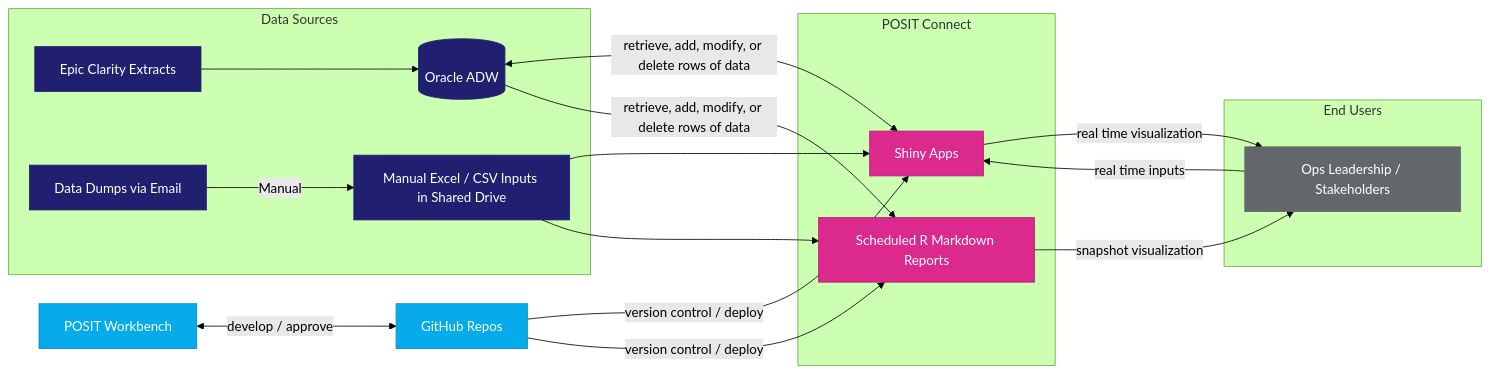
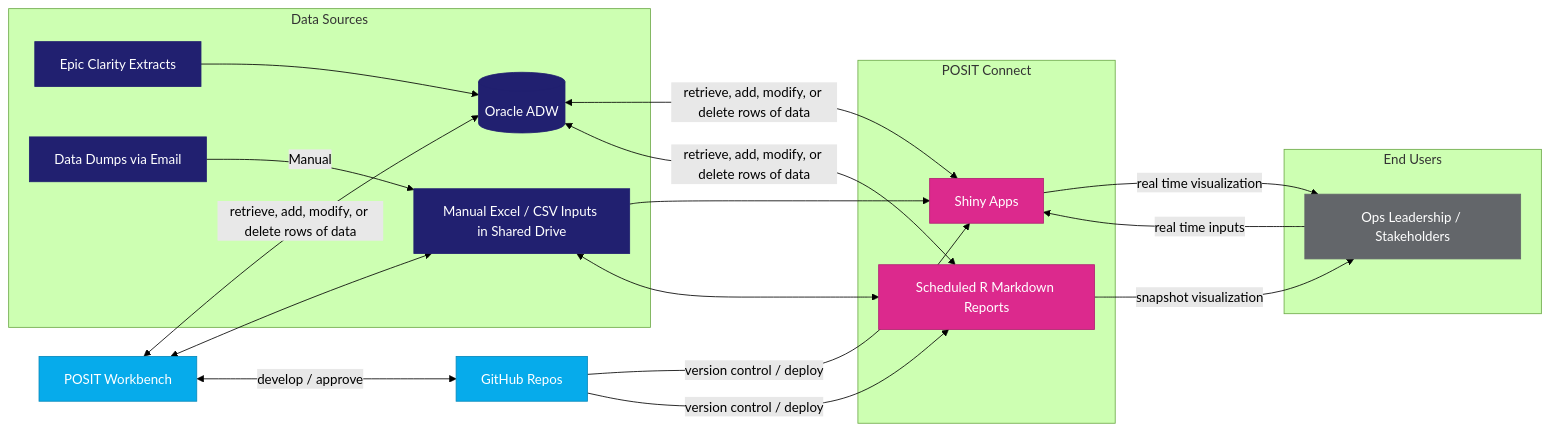
The diagram in Databricks/README.md (MSHS-OAO/Databricks-Tableau-User-Guide), drawn with Mermaid (forest theme) before and after one commit.

Commit message:
Fix data flow relationships in README

````diff
--- a/Databricks/README.md
+++ b/Databricks/README.md
@@ -4,45 +4,47 @@
 ```mermaid
 flowchart LR
     subgraph Sources["Data Sources"]
         EPIC[Epic Clarity Extracts]
         ORA[(Oracle ADW)]
         EMAIL[Data Dumps via Email]
         XLS[Manual Excel / CSV Inputs in Shared Drive]
     end
 
     subgraph Deploy["POSIT Connect"]
         SHINY[Shiny Apps]
         RPT[Scheduled R Markdown Reports]
     end
 
     GH[GitHub Repos]
     RS[POSIT Workbench]
 
     subgraph Users["End Users"]
         USR[Ops Leadership / Stakeholders]
     end
 
     EPIC --> ORA
     ORA <-->|retrieve, add, modify, or delete rows of data| SHINY
-    ORA -->|retrieve, add, modify, or delete rows of data| RPT
+    ORA <-->|retrieve, add, modify, or delete rows of data| RPT
     EMAIL -->|Manual| XLS
     XLS --> SHINY
-    XLS --> RPT
+    XLS <--> RPT
     GH -->|version control / deploy| SHINY
     GH -->|version control / deploy| RPT
     SHINY -->|real time visualization| USR
     RPT -->|snapshot visualization| USR
     USR -->|real time inputs| SHINY
-    RS <--> |develop / approve|GH
+    RS <-->|develop / approve|GH
+    RS <-->|retrieve, add, modify, or delete rows of data| ORA
+    RS <--> XLS
     
 
     classDef navy fill:#212070,stroke:#212070,color:#ffffff
     classDef cyan fill:#06ABEB,stroke:#0689BC,color:#ffffff
     classDef magenta fill:#DC298D,stroke:#B02171,color:#ffffff
     classDef gray fill:#63666A,stroke:#63666A,color:#ffffff
 
     class EPIC,ORA,EMAIL,XLS navy
     class GH,RS cyan
     class SHINY,RPT magenta
     class USR gray
 ```
````
